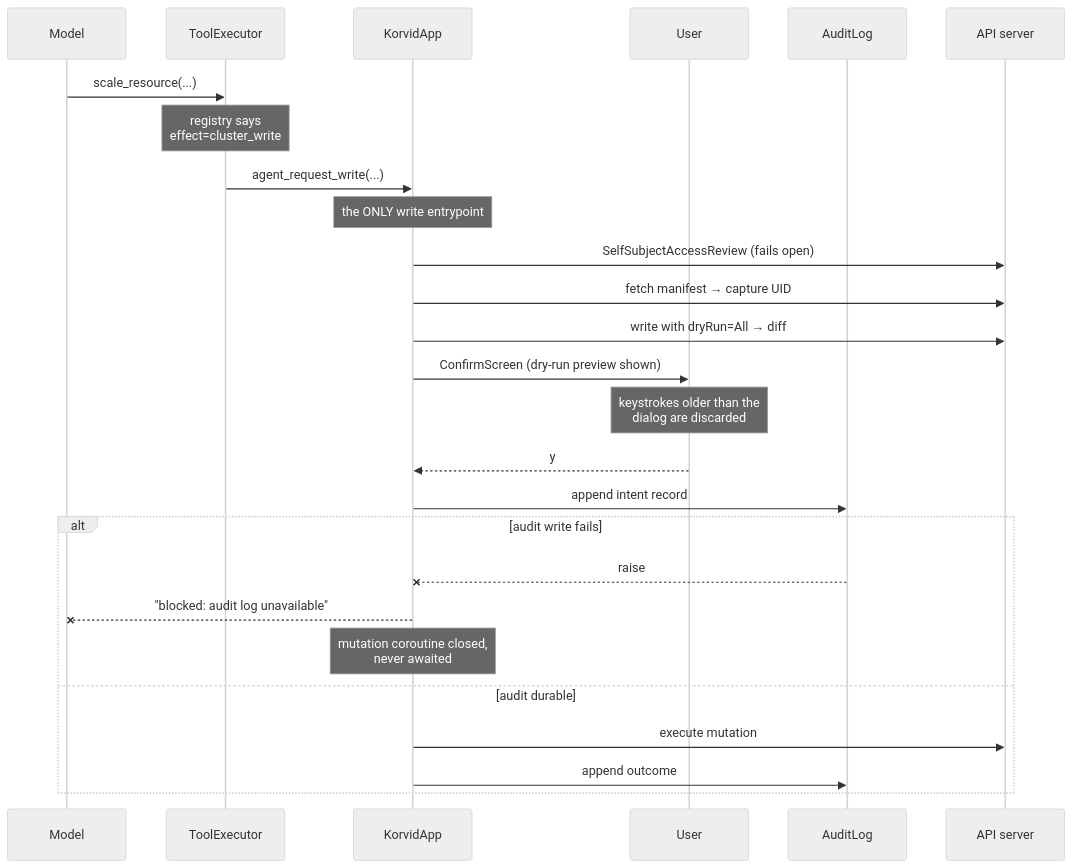
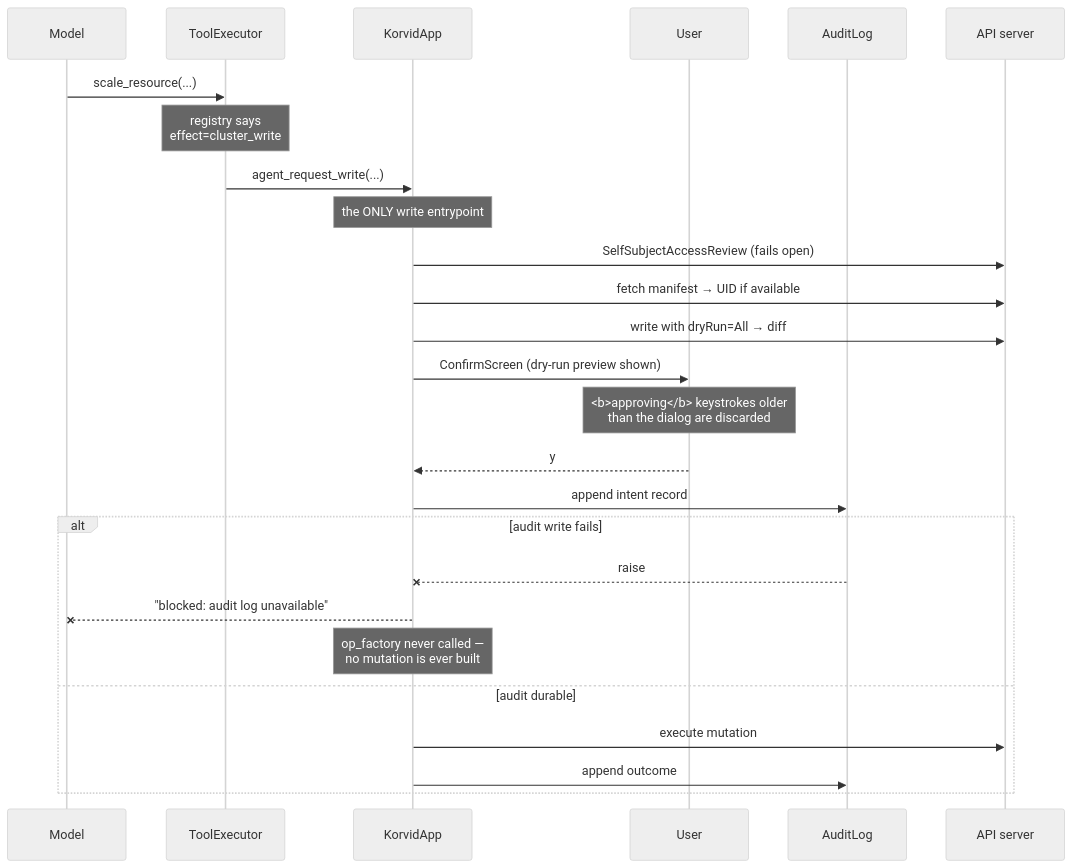
The second of 7 diagrams in docs/dev/specs/2026-08-12-korvid-architecture.md (hellices/korvid), drawn with Mermaid (neutral theme) before and after one commit. The commit also changed other lines of this file, not shown here.

First line of the commit message:
docs: correct seven claims the architecture doc overstated

````diff
--- a/docs/dev/specs/2026-08-12-korvid-architecture.md
+++ b/docs/dev/specs/2026-08-12-korvid-architecture.md
@@ -147,29 +151,29 @@
 ```mermaid
 sequenceDiagram
     participant M as Model
     participant E as ToolExecutor
     participant A as KorvidApp
     participant U as User
     participant AU as AuditLog
     participant K as API server
 
     M->>E: scale_resource(...)
     Note over E: registry says<br/>effect=cluster_write
     E->>A: agent_request_write(...)
     Note over A: the ONLY write entrypoint
     A->>K: SelfSubjectAccessReview (fails open)
-    A->>K: fetch manifest → capture UID
+    A->>K: fetch manifest → UID if available
     A->>K: write with dryRun=All → diff
     A->>U: ConfirmScreen (dry-run preview shown)
-    Note over U: keystrokes older than the<br/>dialog are discarded
+    Note over U: <b>approving</b> keystrokes older<br/>than the dialog are discarded
     U-->>A: y
     A->>AU: append intent record
     alt audit write fails
         AU--xA: raise
         A--xM: "blocked: audit log unavailable"
-        Note over A: mutation coroutine closed,<br/>never awaited
+        Note over A: op_factory never called —<br/>no mutation is ever built
     else audit durable
         A->>K: execute mutation
         A->>AU: append outcome
     end
 ```
````
